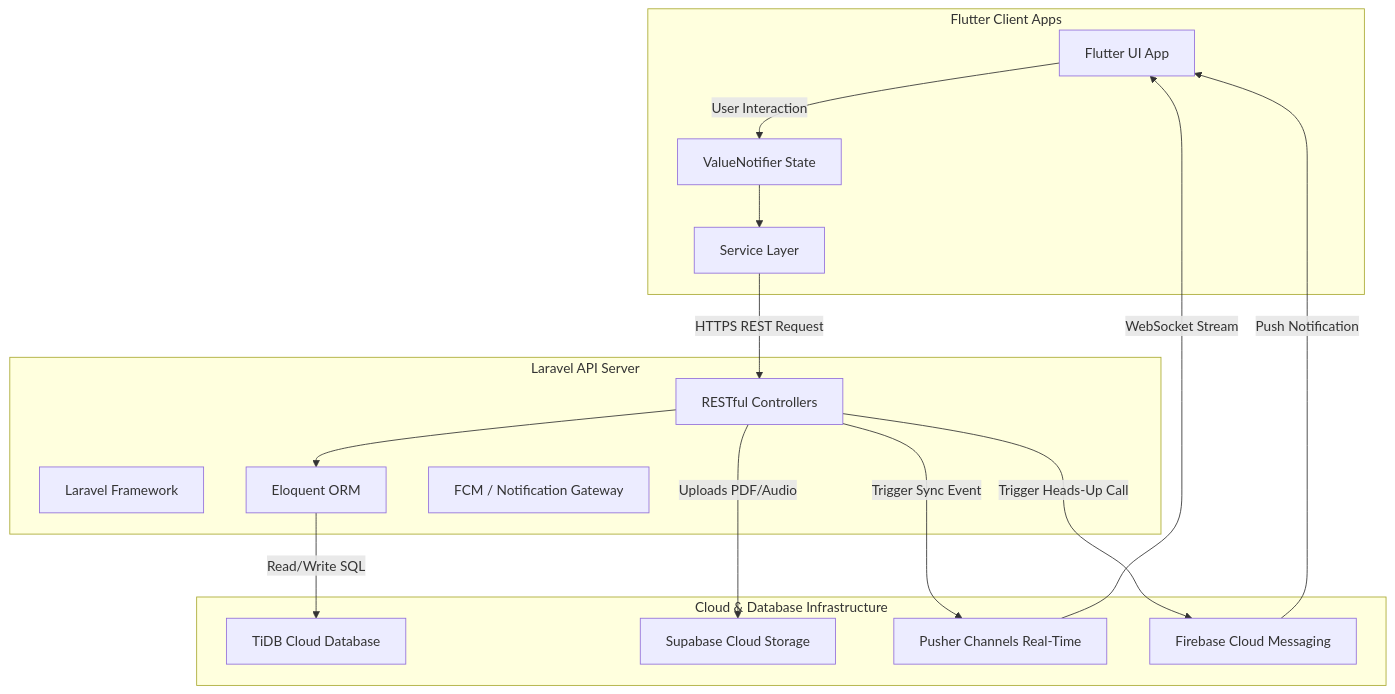
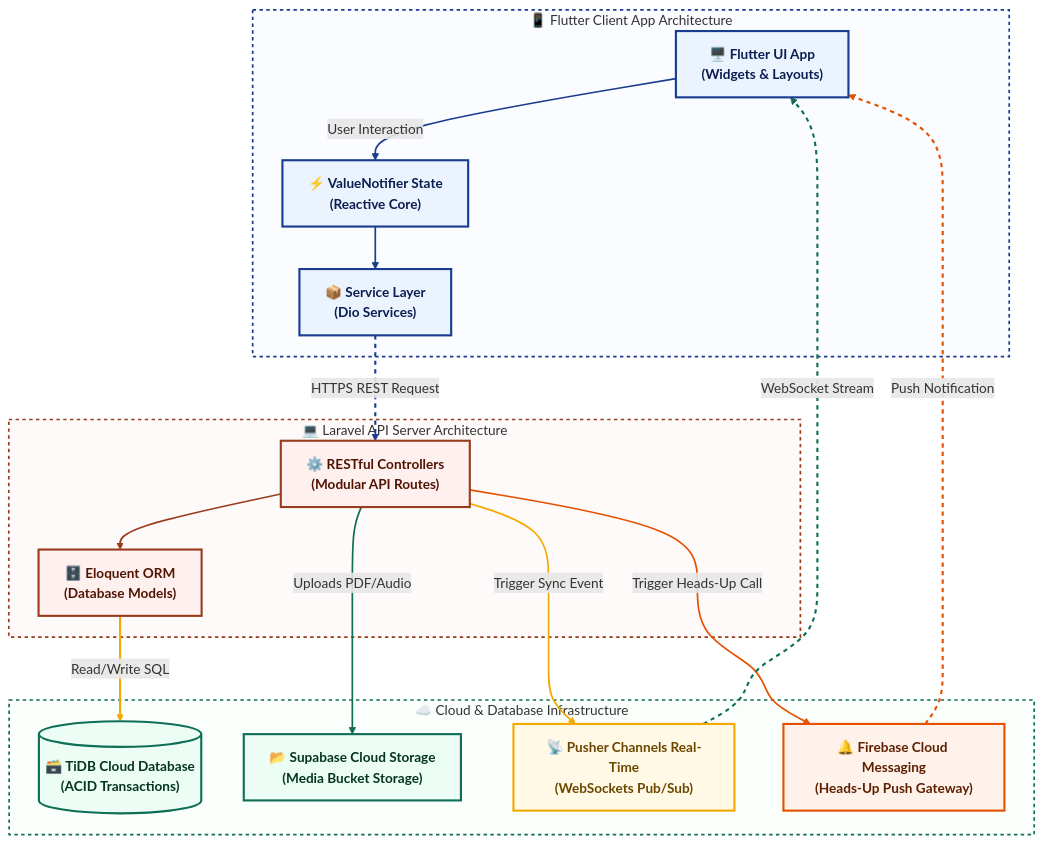
Before and after one commit to dimaswijil/rupiachat-api: the first of 2 diagrams in README.md, drawn with Mermaid. The commit also changed other lines of this file, not shown here.

Commit message:
docs: update system architecture diagram with colorful theme and add flutter code previews

````diff
--- a/README.md
+++ b/README.md
@@ -11,33 +11,53 @@
 ```mermaid
-graph TD
-    subgraph Client [Flutter Client Apps]
-        F[Flutter UI App]
-        F1[ValueNotifier State]
-        F2[Service Layer]
+flowchart TD
+    %% Styling Classes (Tailored to RupiaColors Theme)
+    classDef clientClass fill:#EBF3FF,stroke:#1A3C8F,stroke-width:2.5px,color:#0A1E50,font-weight:bold;
+    classDef backendClass fill:#FFF0F0,stroke:#993C1D,stroke-width:2.5px,color:#501400,font-weight:bold;
+    classDef storageClass fill:#EBFDF5,stroke:#0F6E56,stroke-width:2.5px,color:#053520,font-weight:bold;
+    classDef pusherClass fill:#FFF9E6,stroke:#F4A900,stroke-width:2.5px,color:#6B4600,font-weight:bold;
+    classDef fcmClass fill:#FFF2EB,stroke:#E65100,stroke-width:2.5px,color:#5D2000,font-weight:bold;
+
+    subgraph Client [📱 Flutter Client App Architecture]
+        style Client fill:#FAFCFF,stroke:#1A3C8F,stroke-width:2px,stroke-dasharray: 4;
+        F["🖥️ Flutter UI App<br>(Widgets & Layouts)"]:::clientClass
+        F1["⚡ ValueNotifier State<br>(Reactive Core)"]:::clientClass
+        F2["📦 Service Layer<br>(Dio Services)"]:::clientClass
     end
 
-    subgraph Backend [Laravel API Server]
-        L[Laravel Framework]
-        L1[RESTful Controllers]
-        L2[Eloquent ORM]
-        L3[FCM / Notification Gateway]
+    subgraph Backend [💻 Laravel API Server Architecture]
+        style Backend fill:#FFFAFA,stroke:#993C1D,stroke-width:2px,stroke-dasharray: 4;
+        L1["⚙️ RESTful Controllers<br>(Modular API Routes)"]:::backendClass
+        L2["🗄️ Eloquent ORM<br>(Database Models)"]:::backendClass
     end
 
-    subgraph Cloud [Cloud & Database Infrastructure]
-        T[TiDB Cloud Database]
-        S[Supabase Cloud Storage]
-        P[Pusher Channels Real-Time]
-        FCM[Firebase Cloud Messaging]
+    subgraph Cloud [☁️ Cloud & Database Infrastructure]
+        style Cloud fill:#FAFFFB,stroke:#0F6E56,stroke-width:2px,stroke-dasharray: 4;
+        T[("🗃️ TiDB Cloud Database<br>(ACID Transactions)")]:::storageClass
+        S["📂 Supabase Cloud Storage<br>(Media Bucket Storage)"]:::storageClass
+        P["📡 Pusher Channels Real-Time<br>(WebSockets Pub/Sub)"]:::pusherClass
+        FCM["🔔 Firebase Cloud Messaging<br>(Heads-Up Push Gateway)"]:::fcmClass
     end
 
+    %% Flow lines
     F -->|User Interaction| F1
     F1 --> F2
     F2 -->|HTTPS REST Request| L1
     L1 --> L2
     L2 -->|Read/Write SQL| T
     L1 -->|Uploads PDF/Audio| S
     L1 -->|Trigger Sync Event| P
     L1 -->|Trigger Heads-Up Call| FCM
     P -->|WebSocket Stream| F
     FCM -->|Push Notification| F
+
+    %% Link styles for vibrant coloring
+    linkStyle 0,1 stroke:#1A3C8F,stroke-width:2px;
+    linkStyle 2 stroke:#1A3C8F,stroke-width:2.5px,stroke-dasharray: 5 5;
+    linkStyle 3 stroke:#993C1D,stroke-width:2px;
+    linkStyle 4 stroke:#F4A900,stroke-width:2.5px;
+    linkStyle 5 stroke:#0F6E56,stroke-width:2px;
+    linkStyle 6 stroke:#F4A900,stroke-width:2px;
+    linkStyle 7 stroke:#E65100,stroke-width:2px;
+    linkStyle 8 stroke:#0F6E56,stroke-width:2.5px,stroke-dasharray: 5 5;
+    linkStyle 9 stroke:#E65100,stroke-width:2.5px,stroke-dasharray: 5 5;
 ```
````
